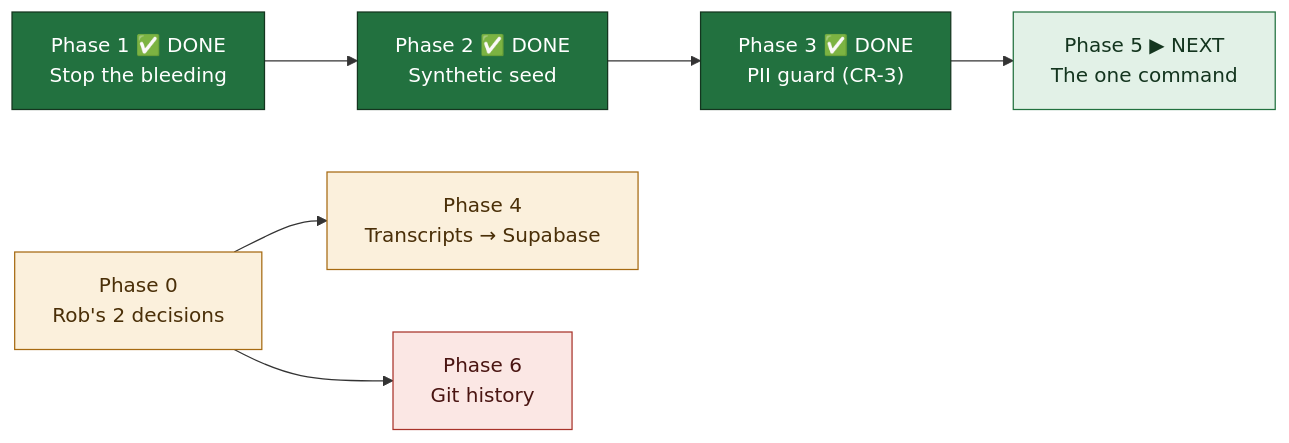
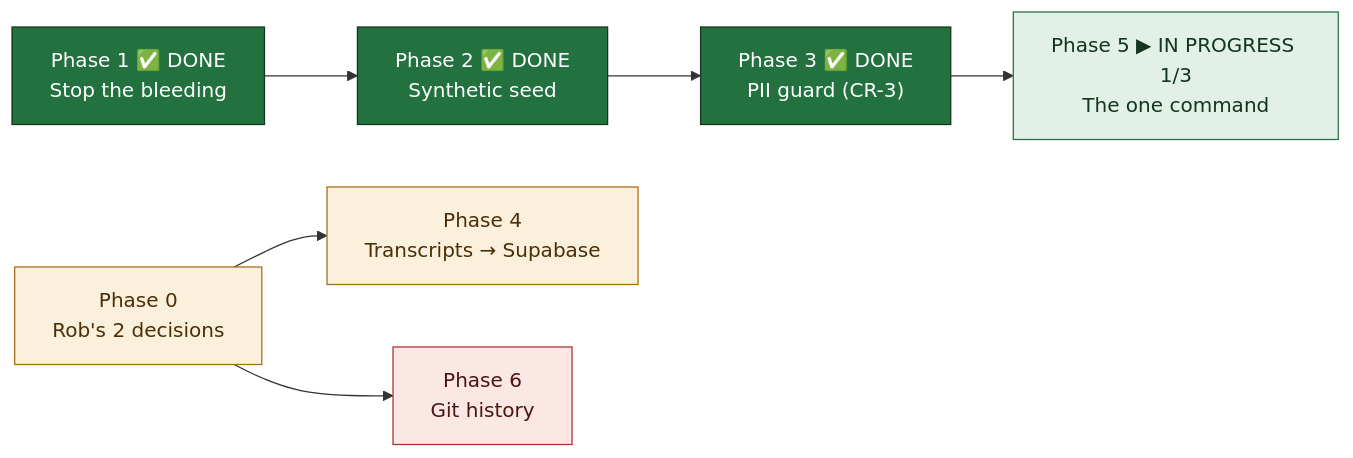
The diagram in docs/plans/PRD-scaffolding-in-git-data-in-supabase-v1.md (blacklabelbob/mle-rob-dashboard), drawn with Mermaid before and after one commit. The commit also changed other lines of this file and 4 other files, not shown here.

````diff
--- a/docs/plans/PRD-scaffolding-in-git-data-in-supabase-v1.md
+++ b/docs/plans/PRD-scaffolding-in-git-data-in-supabase-v1.md
@@ -30,19 +30,19 @@
 ```mermaid
 graph LR
   P0["Phase 0<br/>Rob's 2 decisions"]:::blocked
   P1["Phase 1 ✅ DONE<br/>Stop the bleeding"]:::done
   P2["Phase 2 ✅ DONE<br/>Synthetic seed"]:::done
   P3["Phase 3 ✅ DONE<br/>PII guard (CR-3)"]:::done
-  P5["Phase 5 ▶ NEXT<br/>The one command"]:::ready
+  P5["Phase 5 ▶ IN PROGRESS 1/3<br/>The one command"]:::ready
   P4["Phase 4<br/>Transcripts → Supabase"]:::blocked
   P6["Phase 6<br/>Git history"]:::danger
 
   P1 --> P2 --> P3 --> P5
   P0 --> P4
   P0 --> P6
 
   classDef done fill:#22713F,stroke:#14351F,color:#FFFFFF
   classDef ready fill:#E2F1E7,stroke:#22713F,color:#14351F
   classDef blocked fill:#FBF0DC,stroke:#A66A12,color:#4A2F08
   classDef danger fill:#FBE7E4,stroke:#A8332A,color:#4A1512
 ```
````
